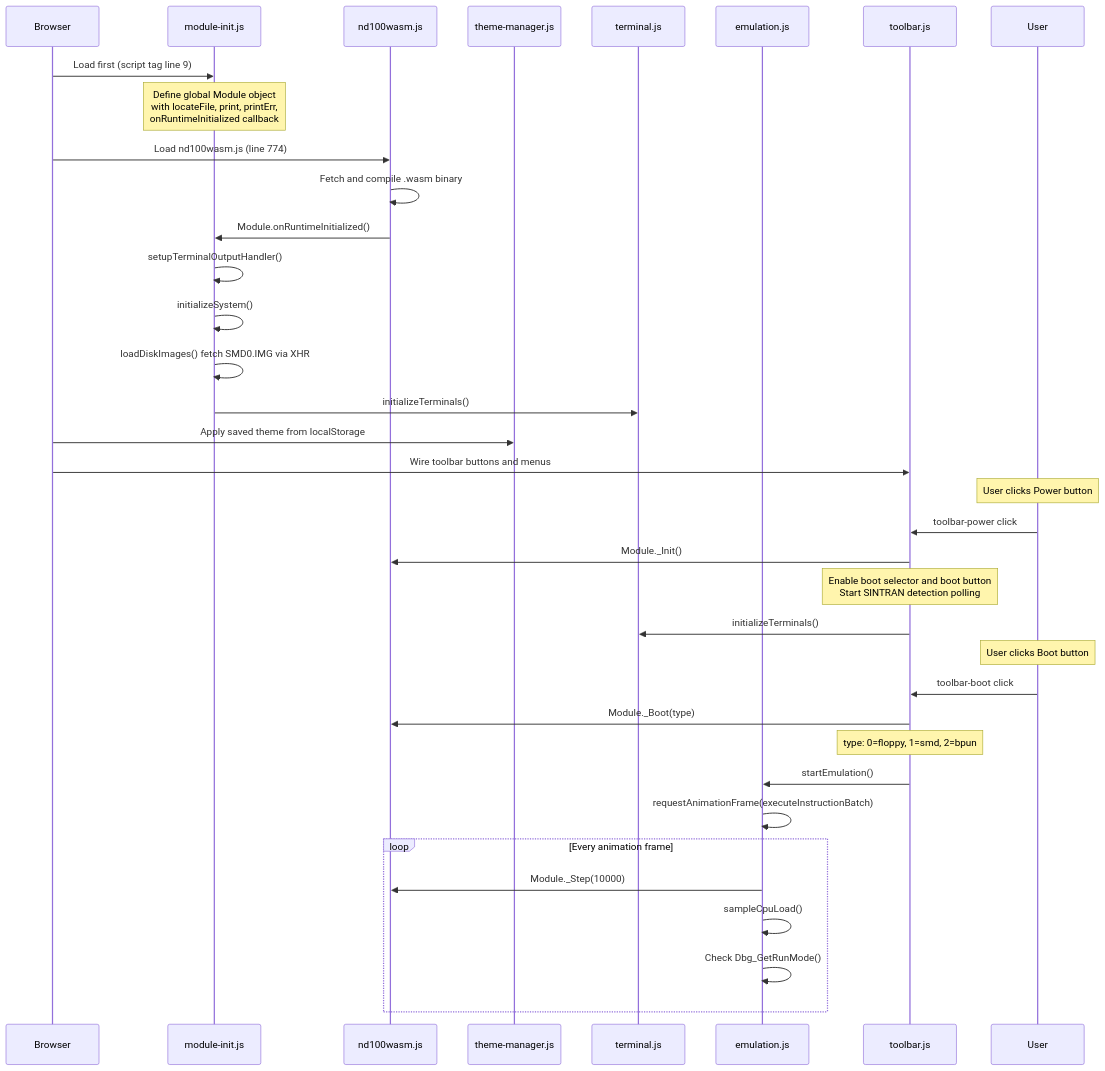
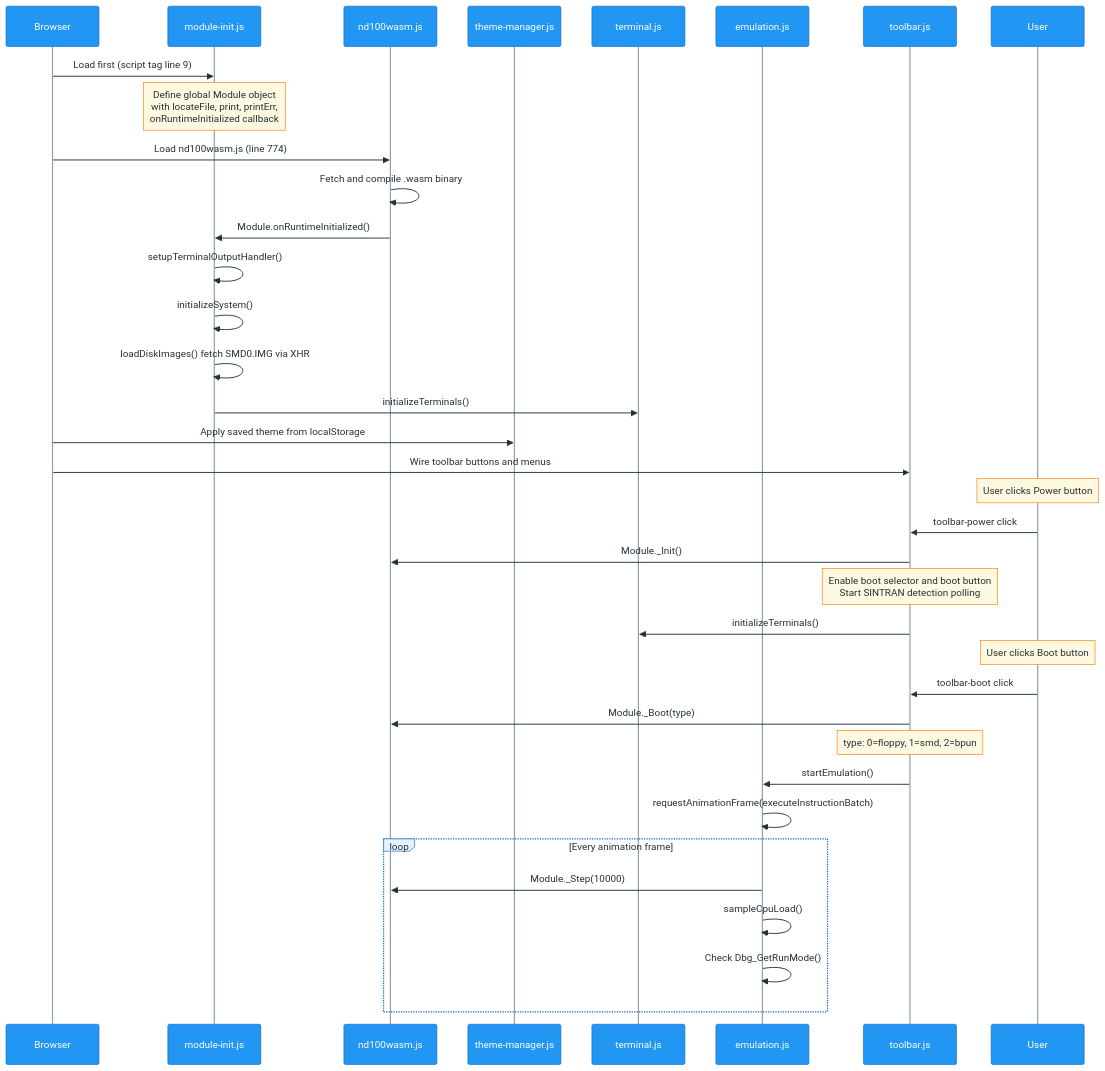
Before and after one commit to HackerCorpLabs/nd100x: the second of 3 diagrams in GLASS.md, drawn with Mermaid. The commit also changed other lines of this file, not shown here.

First line of the commit message:
Vibrant Mermaid diagrams with full theme control

````diff
--- a/GLASS.md
+++ b/GLASS.md
@@ -125,39 +126,40 @@
 ```mermaid
+%%{init: {'theme':'base', 'themeVariables': {'actorBkg':'#2196F3', 'actorTextColor':'#fff', 'actorBorder':'#1565C0', 'actorLineColor':'#90A4AE', 'signalColor':'#263238', 'signalTextColor':'#263238', 'labelBoxBkgColor':'#E3F2FD', 'labelTextColor':'#263238', 'loopTextColor':'#263238', 'noteBkgColor':'#FFF8E1', 'noteTextColor':'#263238', 'noteBorderColor':'#F57C00', 'activationBkgColor':'#E0F7FA', 'activationBorderColor':'#00838F', 'sequenceNumberColor':'#fff'}}}%%
 sequenceDiagram
     participant B as Browser
     participant MI as module-init.js
     participant WM as nd100wasm.js
     participant TM as theme-manager.js
     participant T as terminal.js
     participant E as emulation.js
     participant TB as toolbar.js
     participant U as User
 
     B->>MI: Load first (script tag line 9)
     Note over MI: Define global Module object<br/>with locateFile, print, printErr,<br/>onRuntimeInitialized callback
     B->>WM: Load nd100wasm.js (line 774)
     WM->>WM: Fetch and compile .wasm binary
     WM->>MI: Module.onRuntimeInitialized()
     MI->>MI: setupTerminalOutputHandler()
     MI->>MI: initializeSystem()
     MI->>MI: loadDiskImages() fetch SMD0.IMG via XHR
     MI->>T: initializeTerminals()
     B->>TM: Apply saved theme from localStorage
     B->>TB: Wire toolbar buttons and menus
     Note over U: User clicks Power button
     U->>TB: toolbar-power click
     TB->>WM: Module._Init()
     Note over TB: Enable boot selector and boot button<br/>Start SINTRAN detection polling
     TB->>T: initializeTerminals()
     Note over U: User clicks Boot button
     U->>TB: toolbar-boot click
     TB->>WM: Module._Boot(type)
     Note over TB: type: 0=floppy, 1=smd, 2=bpun
     TB->>E: startEmulation()
     E->>E: requestAnimationFrame(executeInstructionBatch)
     loop Every animation frame
         E->>WM: Module._Step(10000)
         E->>E: sampleCpuLoad()
         E->>E: Check Dbg_GetRunMode()
     end
 ```
````
